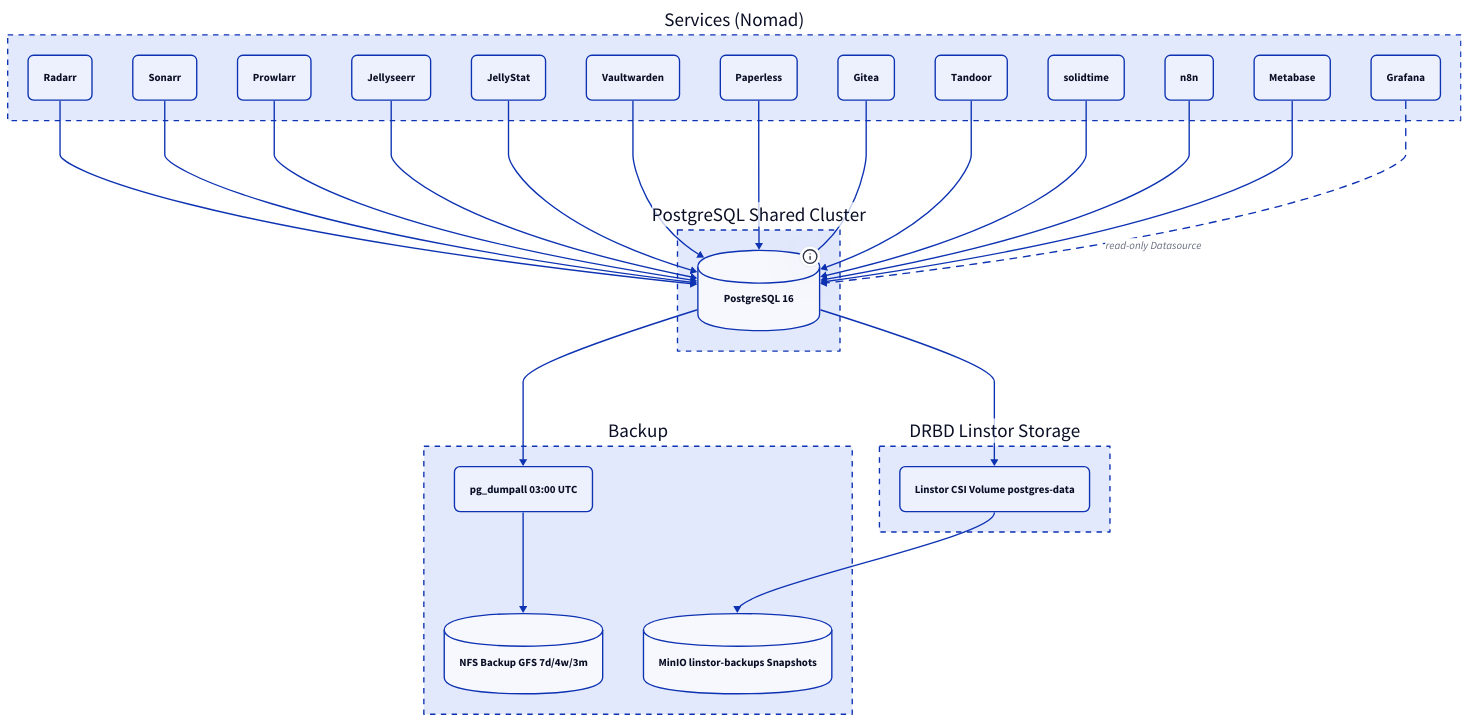
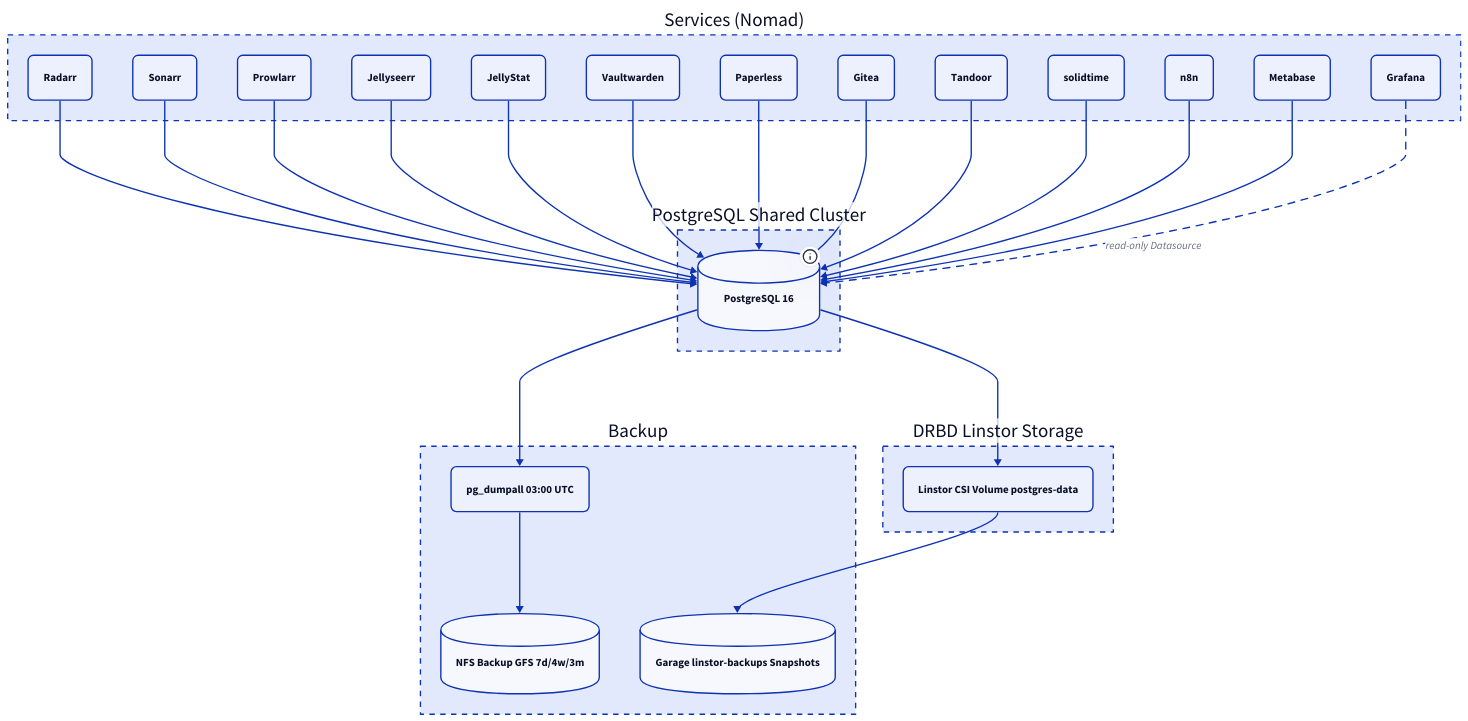
One commit to derever-labs/homelab-wiki changed the first of 2 diagrams in docs/_querschnitt/datenbank-architektur.md. Above: the diagram before and after it, drawn with D2. The commit also changed other lines of this file and 14 other files, not shown here.

First line of the commit message:
docs(storage): MinIO aus Wiki entfernen, Garage als aktiver S3

````diff
--- a/docs/_querschnitt/datenbank-architektur.md
+++ b/docs/_querschnitt/datenbank-architektur.md
@@ -27,60 +27,60 @@
 ```d2
 direction: down
 
 Services: Services (Nomad) {
   style.stroke-dash: 4
   RADAR: Radarr { style.border-radius: 8 }
   SONAR: Sonarr { style.border-radius: 8 }
   PROWL: Prowlarr { style.border-radius: 8 }
   JSEER: Jellyseerr { style.border-radius: 8 }
   JSTAT: JellyStat { style.border-radius: 8 }
   VW: Vaultwarden { style.border-radius: 8 }
   PL: Paperless { style.border-radius: 8 }
   GT: Gitea { style.border-radius: 8 }
   TD: Tandoor { style.border-radius: 8 }
   ST: solidtime { style.border-radius: 8 }
   N8N: n8n { style.border-radius: 8 }
   MB: Metabase { style.border-radius: 8 }
   GR: Grafana { style.border-radius: 8 }
 }
 
 Database: PostgreSQL Shared Cluster {
   style.stroke-dash: 4
   PG: PostgreSQL 16 {
     shape: cylinder
     tooltip: postgres.service.consul:5432
     style.border-radius: 8
   }
 }
 
 Storage: DRBD Linstor Storage {
   style.stroke-dash: 4
   DRBD: Linstor CSI Volume postgres-data { style.border-radius: 8 }
 }
 
 Backup: Backup {
   style.stroke-dash: 4
   DUMP: pg_dumpall 03:00 UTC { style.border-radius: 8 }
   NFS: NFS Backup GFS 7d/4w/3m { shape: cylinder; style.border-radius: 8 }
-  S3: MinIO linstor-backups Snapshots { shape: cylinder; style.border-radius: 8 }
+  S3: Garage linstor-backups Snapshots { shape: cylinder; style.border-radius: 8 }
 }
 
 Services.RADAR -> Database.PG
 Services.SONAR -> Database.PG
 Services.PROWL -> Database.PG
 Services.JSEER -> Database.PG
 Services.JSTAT -> Database.PG
 Services.VW -> Database.PG
 Services.PL -> Database.PG
 Services.GT -> Database.PG
 Services.TD -> Database.PG
 Services.ST -> Database.PG
 Services.N8N -> Database.PG
 Services.MB -> Database.PG
 Services.GR -> Database.PG: read-only Datasource { style.stroke-dash: 5 }
 
 Database.PG -> Storage.DRBD
 Database.PG -> Backup.DUMP
 Backup.DUMP -> Backup.NFS
 Storage.DRBD -> Backup.S3
 ```
````
